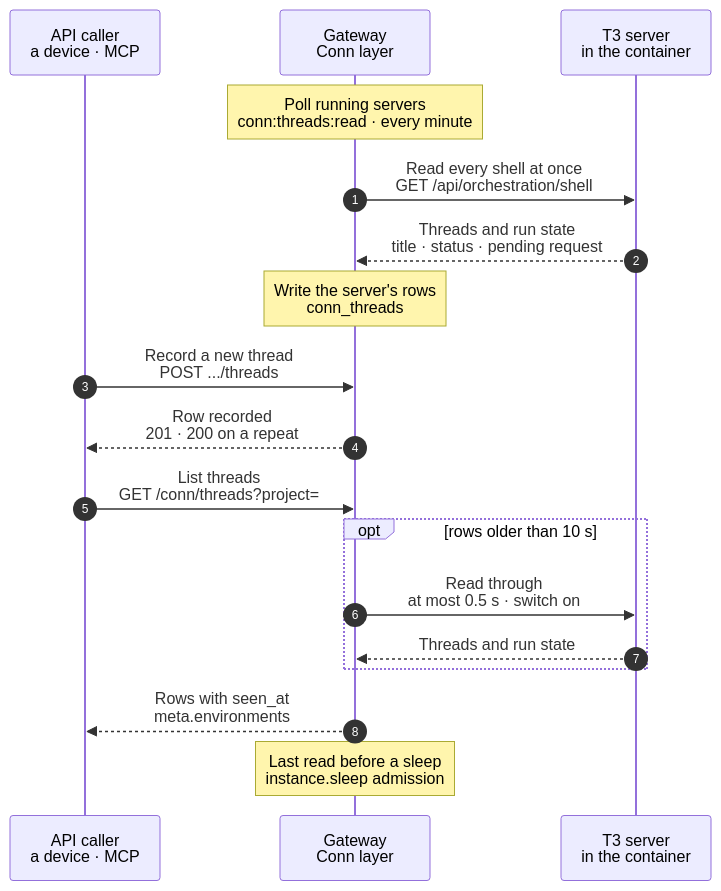
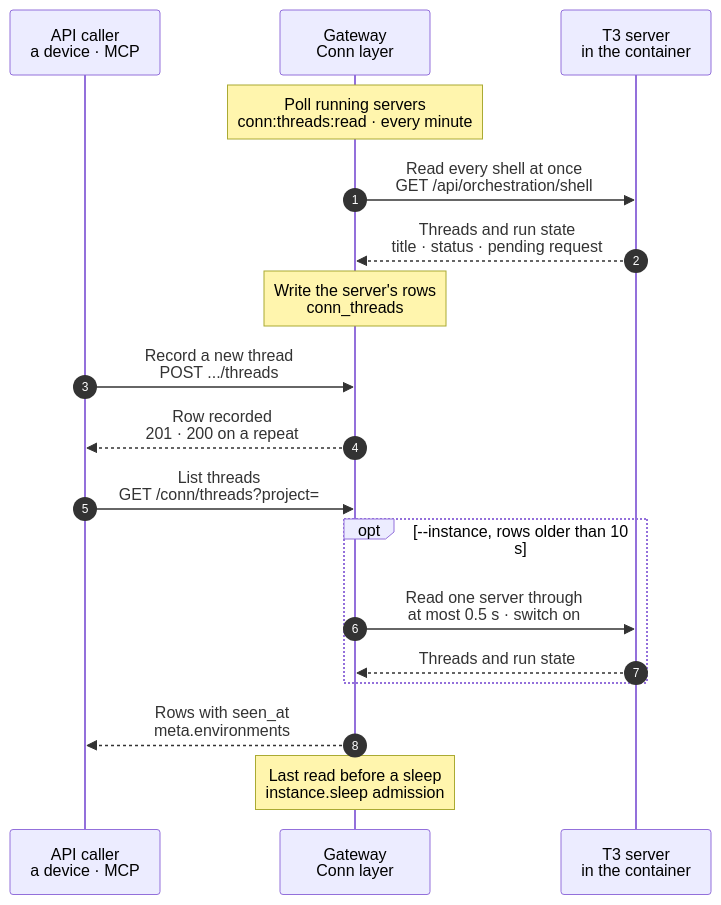
The diagram in docs/cli/conn/thread-index.mmd (hardimpactdev/orbit), drawn with Mermaid before and after one commit. The commit also changed 14 other files, not shown here.

First line of the commit message:
fix(conn): browsing reads only the index; contain index failures; review round 1

```diff
--- a/docs/cli/conn/thread-index.mmd
+++ b/docs/cli/conn/thread-index.mmd
@@ -1,67 +1,73 @@
 sequenceDiagram
   %% Conn thread index (Conn plan slices O1 and O2, docs/reference/conn.md#thread-index): the Gateway keeps one row per thread of each container T3 server, so a device finds a Project's threads without connecting to every server, and connects only to the server of the thread it opens. The Gateway only reads, as the idle sleep's read does: no Operation, no Swamp run, no Node work. Host servers have no index.
   %% status: draft
   %% command: none · minute poll, GET /conn/threads, POST /conn/environments/{environment_id}/threads
   %% kind: conn.thread_index
   autonumber
   %% lane C icon=terminal pill=caller tone=gray
   %% lane GW icon=gateway pill=intent tone=blue
   %% lane T3 icon=server pill=target tone=purple
   participant C as API caller<br/>a device · MCP
   participant GW as Gateway<br/>Conn layer
   participant T3 as T3 server<br/>in the container
   Note over GW: Poll running servers<br/>conn:threads:read · every minute
   %%> When:
   %%> - every minute while the operator switch `ORBIT_CONN_THREAD_INDEX_POLL` is on and Conn is enabled; off by default
   %%> - a unique job on the `problems` queue, behind task work; never on `operations`
   %%> Which servers:
   %%> - every container T3 server whose Instance runs
   %%> Skips, with the reason on the server's record:
   %%> - an asleep or stopped Instance, `conn.environment_asleep`: it is not read and keeps its rows
   %%> - an ended session, `conn.session_expired`: its renewal comes first
   GW->>T3: Read every shell at once<br/>GET /api/orchestration/shell
   %%> How:
   %%> - the admin session the Gateway holds and renews, with `x-t3-orchestration-protocol: 2`
   %%> - all servers in one pool; each has 3 seconds to connect and 10 in total
   %%> On failure:
   %%> - a server that does not answer, refuses or answers nonsense is skipped with `conn.server_unreachable`, `conn.session_rejected`, `conn.request_refused` or `conn.response_invalid`; it keeps its rows and never holds the others
+  %%> - a failed write of one server's rows is reported and skipped with `conn.index_write_failed`; the pass goes on
   T3-->>GW: Threads and run state<br/>title · status · pending request
   Note over GW: Write the server's rows<br/>conn_threads
   %%> What it does:
   %%> - one row per listed thread: id, title, status, needs input, last user message, last run end, `seen_at`
   %%> - a thread that left the shell leaves the index, unless a write-through recorded it after the read began
   %%> Not stored:
   %%> - message text; only the title
   C->>GW: Record a new thread<br/>POST .../threads
   %%> When:
   %%> - the device started a thread on a container server it paired with
   %%> Requires:
   %%> - node access to the server's Node; a host server is refused with `conn.thread_index_unsupported`
   %%> Also:
   %%> - a task copy's turn records its T3 thread the same way when its projection commits
   GW-->>C: Row recorded<br/>201 · 200 on a repeat
   %%> Result:
   %%> - in the list at once; state stays null until the next read
   C->>GW: List threads<br/>GET /conn/threads?project=
   %%> Requires:
   %%> - node access, as for the server list: only servers whose Node the caller reaches
   %%> Narrows by:
   %%> - `project` or `instance`, both optional
-  opt rows older than 10 s
-    GW->>T3: Read through<br/>at most 0.5 s · switch on
+  %%> Reads:
+  %%> - the index only: browsing never reads a server; `meta.environments[].read_at` says how fresh each server's rows are
+  opt --instance, rows older than 10 s
+    GW->>T3: Read one server through<br/>at most 0.5 s · switch on
     %%> When:
-    %%> - only while the switch is on, for a running server whose last read is older than 10 seconds
+    %%> - only for a list that names one Instance, the server a device opens a thread on
+    %%> - only while the switch is on, the server runs and its last read is older than 10 seconds
     %%> On failure:
     %%> - the server keeps its rows and records the reason; the list does not try it again within 10 seconds
+    %%> Order:
+    %%> - a read that began before the server's last recorded read is dropped, so it never brings back a removed thread
     T3-->>GW: Threads and run state
   end
   GW-->>C: Rows with seen_at<br/>meta.environments
   %%> Returns:
   %%> - the rows, newest user message first, and each covered server with `power_state`, `read_at` and `read_error`
   %%> - an asleep server's rows are its last read, with their `seen_at`
   Note over GW: Last read before a sleep<br/>instance.sleep admission
   %%> When:
   %%> - before every sleep is admitted, from the idle sweep and from `instance:sleep`; the sleep switch does not matter, the index switch does
-  %%> - outside the Instance lock, with the poll's bounds; a failed read keeps the rows and does not stop the sleep
+  %%> - after the sleep's refusals and replay, outside the Instance lock, within 3 seconds; a failed read keeps the rows, is reported and does not stop the sleep
   %%> Result:
   %%> - the asleep Instance keeps these rows until it wakes; destroying it removes them with its server
```
